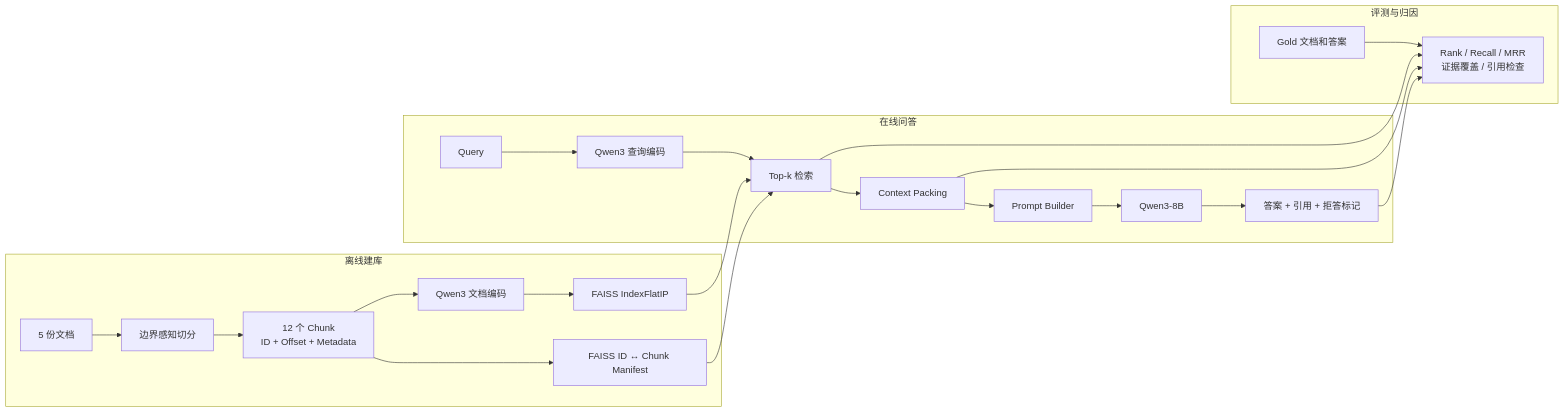
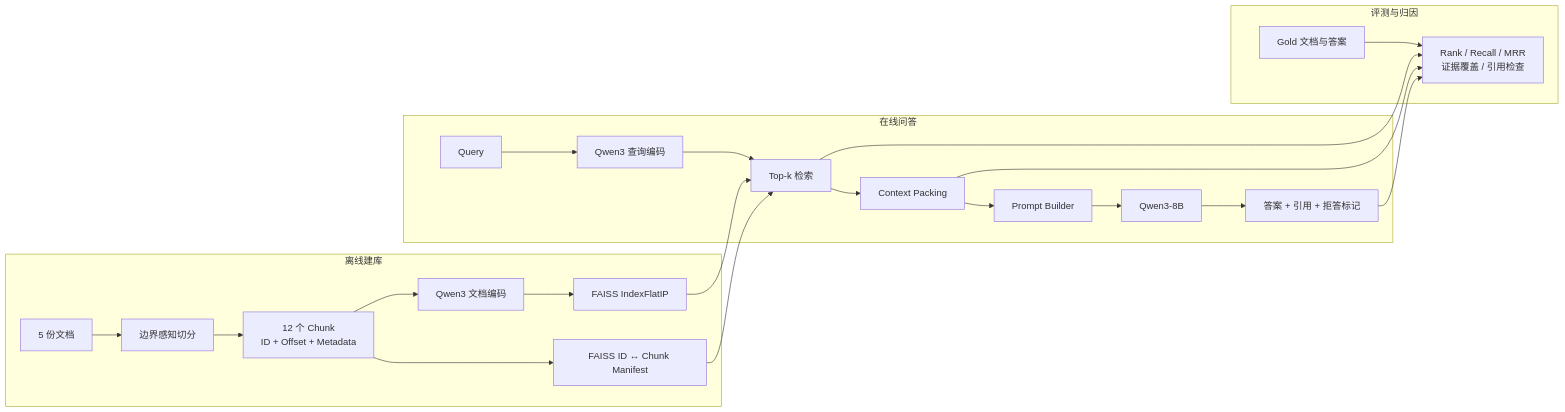
Before and after one commit to hitbug-11/RAG: the first of 4 diagrams in notes/03-transparent-dense-rag.md, drawn with Mermaid. The commit also changed other lines of this file and 127 other files, not shown here.

````diff
--- a/notes/03-transparent-dense-rag.md
+++ b/notes/03-transparent-dense-rag.md
@@ -56,28 +130,28 @@
 ```mermaid
 flowchart LR
     subgraph Offline["离线建库"]
         DOC["5 份文档"] --> SPLIT["边界感知切分"]
         SPLIT --> CHUNK["12 个 Chunk<br/>ID + Offset + Metadata"]
-        CHUNK --> DE["Qwen3 文档编码"]
-        DE --> IDX["FAISS IndexFlatIP"]
+        CHUNK --> EMB["Qwen3 文档编码"]
+        EMB --> IDX["FAISS IndexFlatIP"]
         CHUNK --> MAN["FAISS ID ↔ Chunk Manifest"]
     end
 
     subgraph Online["在线问答"]
-        Q["Query"] --> QE["Qwen3 查询编码"]
-        QE --> RET["Top-k 检索"]
+        Q["Query"] --> QEMB["Qwen3 查询编码"]
+        QEMB --> RET["Top-k 检索"]
         IDX --> RET
         MAN --> RET
         RET --> PACK["Context Packing"]
-        PACK --> PB["Prompt Builder"]
-        PB --> GEN["Qwen3-8B"]
+        PACK --> PROMPT["Prompt Builder"]
+        PROMPT --> GEN["Qwen3-8B"]
         GEN --> OUT["答案 + 引用 + 拒答标记"]
     end
 
-    subgraph Trace["评测与归因"]
-        GOLD["Gold 文档和答案"] --> EVAL["Rank / Recall / MRR<br/>证据覆盖 / 引用检查"]
-        RET --> EVAL
-        PACK --> EVAL
-        OUT --> EVAL
+    subgraph Eval["评测与归因"]
+        GOLD["Gold 文档与答案"] --> TRACE["Rank / Recall / MRR<br/>证据覆盖 / 引用检查"]
+        RET --> TRACE
+        PACK --> TRACE
+        OUT --> TRACE
     end
 ```
````
